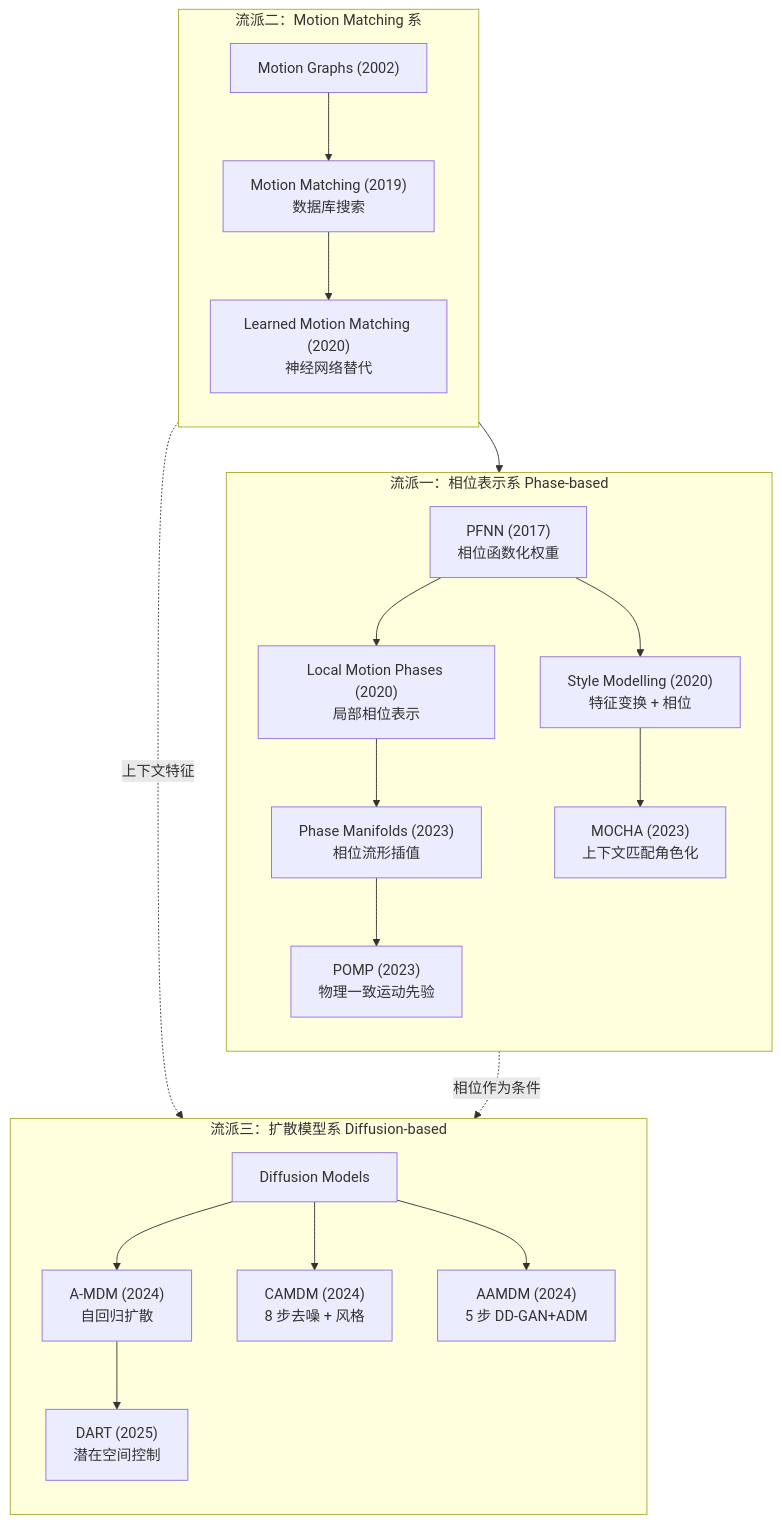
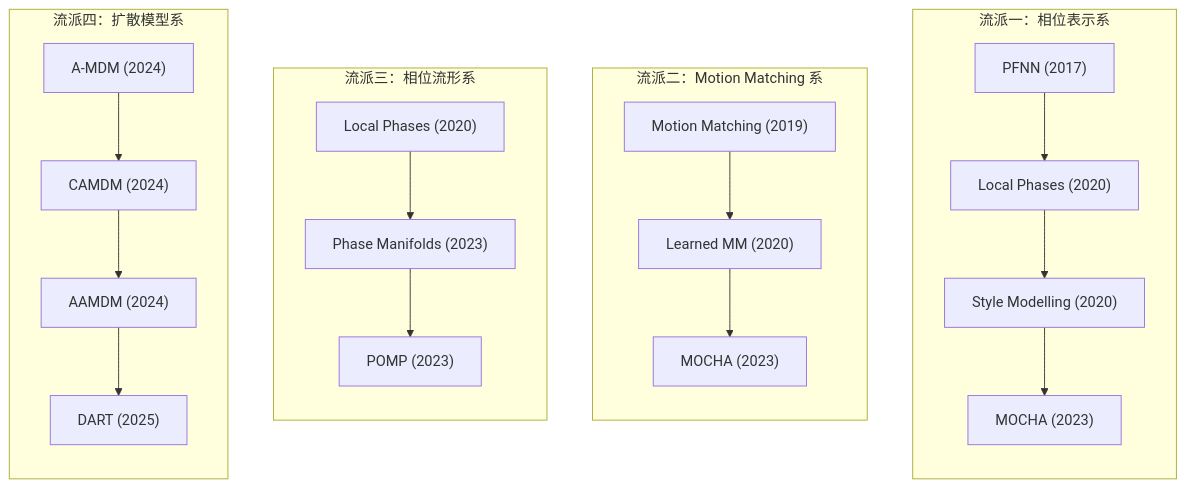
The first of 26 diagrams in src/Locomotion_Survey.md (CaterpillarStudyGroup/GAMES105_mdbook), drawn with Mermaid before and after one commit. The commit also changed other lines of this file, not shown here.

````diff
--- a/src/Locomotion_Survey.md
+++ b/src/Locomotion_Survey.md
@@ -42,29 +42,28 @@
 ```mermaid
 flowchart TB
-    subgraph Phase["流派一：相位表示系 Phase-based"]
+    subgraph Phase["流派一：相位表示系"]
         direction TB
-        PFNN["PFNN (2017)<br/>相位函数化权重"] --> LP["Local Motion Phases (2020)<br/>局部相位表示"]
-        PFNN --> SM["Style Modelling (2020)<br/>特征变换 + 相位"]
-        LP --> PM["Phase Manifolds (2023)<br/>相位流形插值"]
-        SM --> MOCHA["MOCHA (2023)<br/>上下文匹配角色化"]
-        PM --> POMP["POMP (2023)<br/>物理一致运动先验"]
+        PFNN["PFNN (2017)"] --> LP["Local Phases (2020)"]
+        LP --> SM["Style Modelling (2020)"]
+        SM --> MOCHA["MOCHA (2023)"]
     end
 
     subgraph MM["流派二：Motion Matching 系"]
         direction TB
-        MG["Motion Graphs (2002)"] --> MM0["Motion Matching (2019)<br/>数据库搜索"]
-        MM0 --> LMM["Learned Motion Matching (2020)<br/>神经网络替代"]
-        LMM --> MOCHA
+        MM0["Motion Matching (2019)"] --> LMM["Learned MM (2020)"]
+        LMM --> MOCHA2["MOCHA (2023)"]
     end
 
-    subgraph Diff["流派三：扩散模型系 Diffusion-based"]
+    subgraph PM["流派三：相位流形系"]
         direction TB
-        DM["Diffusion Models"] --> AMDM["A-MDM (2024)<br/>自回归扩散"]
-        DM --> CAMDM["CAMDM (2024)<br/>8 步去噪 + 风格"]
-        DM --> AAMDM["AAMDM (2024)<br/>5 步 DD-GAN+ADM"]
-        AMDM --> DART["DART (2025)<br/>潜在空间控制"]
+        LP2["Local Phases (2020)"] --> PM2["Phase Manifolds (2023)"]
+        PM2 --> POMP["POMP (2023)"]
     end
 
-    Phase -.->|相位作为条件 | Diff
-    MM -.->|上下文特征 | Diff
+    subgraph Diff["流派四：扩散模型系"]
+        direction TB
+        AMDM["A-MDM (2024)"] --> CAMDM["CAMDM (2024)"]
+        CAMDM --> AAMDM["AAMDM (2024)"]
+        AAMDM --> DART["DART (2025)"]
+    end
 ```
````
